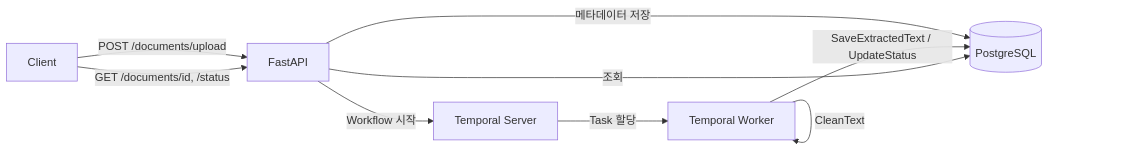
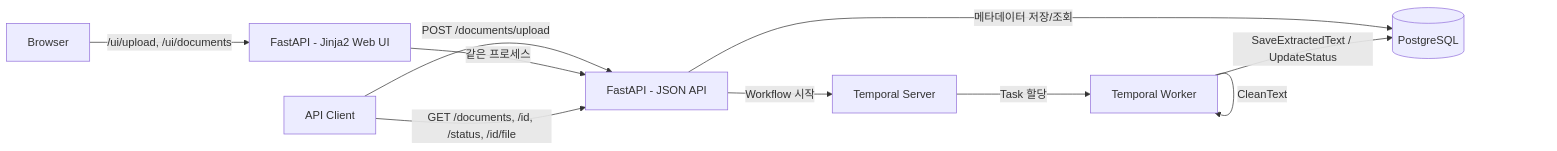
One commit to EOTAEGYU/ai-document-workflow changed the diagram in README.md. Above: the diagram before and after it, drawn with Mermaid. The commit also changed other lines of this file and 13 other files, not shown here.

````diff
--- a/README.md
+++ b/README.md
@@ -28,15 +32,17 @@
 ```mermaid
 flowchart LR
-    Client[Client] -->|POST /documents/upload| API[FastAPI]
-    API -->|메타데이터 저장| DB[(PostgreSQL)]
+    Browser[Browser] -->|/ui/upload, /ui/documents| WebUI[FastAPI - Jinja2 Web UI]
+    Client[API Client] -->|POST /documents/upload| API[FastAPI - JSON API]
+    WebUI -->|같은 프로세스| API
+
+    API -->|메타데이터 저장/조회| DB[(PostgreSQL)]
     API -->|Workflow 시작| TemporalServer[Temporal Server]
 
     TemporalServer -->|Task 할당| Worker[Temporal Worker]
     Worker -->|ValidateFile| Worker
     Worker -->|ExtractText - OCR| Worker
     Worker -->|CleanText| Worker
     Worker -->|SaveExtractedText / UpdateStatus| DB
 
-    Client -->|GET /documents/id, /status| API
-    API -->|조회| DB
+    Client -->|GET /documents, /id, /status, /id/file| API
 ```
````
